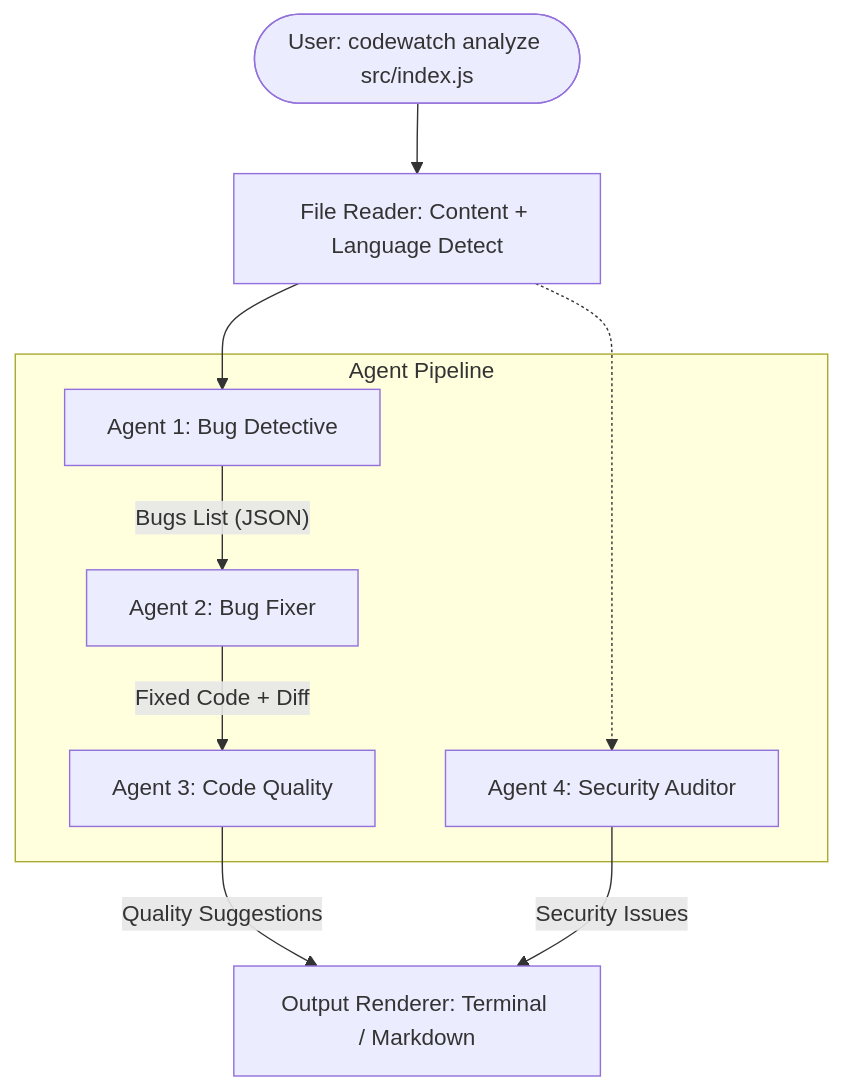
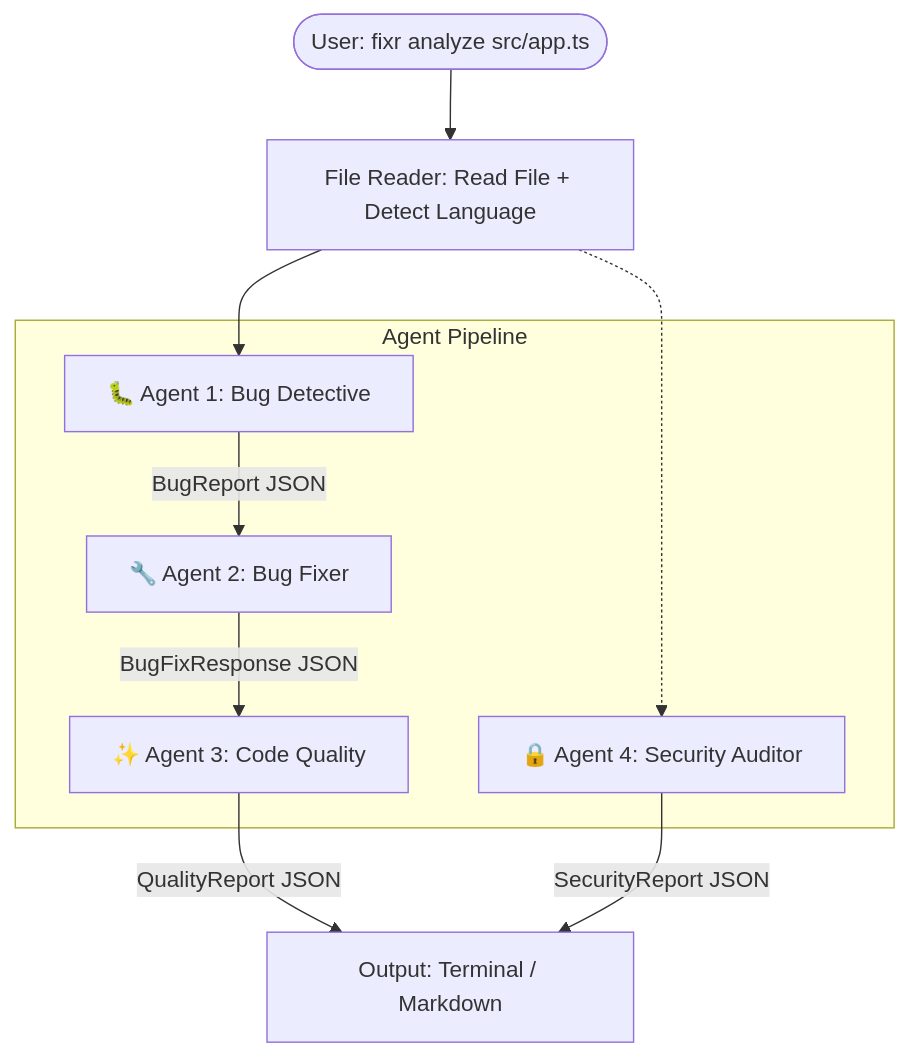
One commit to soumyachk101/FiXr changed the diagram in README.md. Above: the diagram before and after it, drawn with Mermaid. The commit also changed other lines of this file, not shown here.

````diff
--- a/README.md
+++ b/README.md
@@ -15,18 +15,18 @@
 ```mermaid
 graph TD
-    User([User: codewatch analyze src/index.js]) --> FileReader[File Reader: Content + Language Detect]
-    FileReader --> Agent1[Agent 1: Bug Detective]
-    Agent1 -- "Bugs List (JSON)" --> Agent2[Agent 2: Bug Fixer]
-    Agent2 -- "Fixed Code + Diff" --> Agent3[Agent 3: Code Quality]
-    Agent3 -- "Quality Suggestions" --> OutputRenderer[Output Renderer: Terminal / Markdown]
+    User([User: fixr analyze src/app.ts]) --> FileReader[File Reader: Read File + Detect Language]
+    FileReader --> Agent1[🐛 Agent 1: Bug Detective]
+    Agent1 -- "BugReport JSON" --> Agent2[🔧 Agent 2: Bug Fixer]
+    Agent2 -- "BugFixResponse JSON" --> Agent3[✨ Agent 3: Code Quality]
+    Agent3 -- "QualityReport JSON" --> OutputRenderer
 
-    FileReader -.-> Agent4[Agent 4: Security Auditor]
-    Agent4 -- "Security Issues" --> OutputRenderer
+    FileReader -.-> Agent4[🔒 Agent 4: Security Auditor]
+    Agent4 -- "SecurityReport JSON" --> OutputRenderer[Output: Terminal / Markdown]
 
     subgraph "Agent Pipeline"
     Agent1
     Agent2
     Agent3
     Agent4
     end
 ```
````
